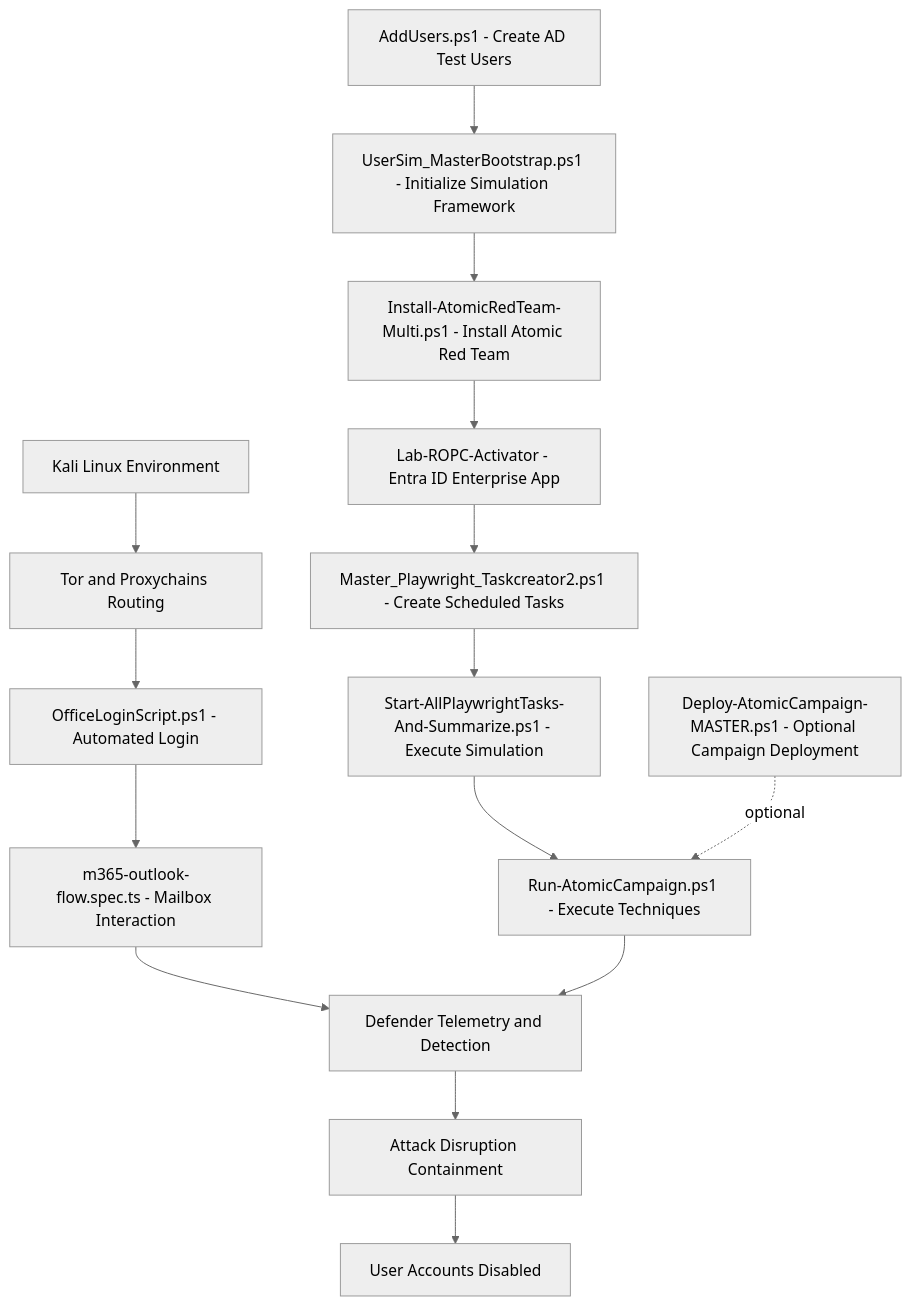
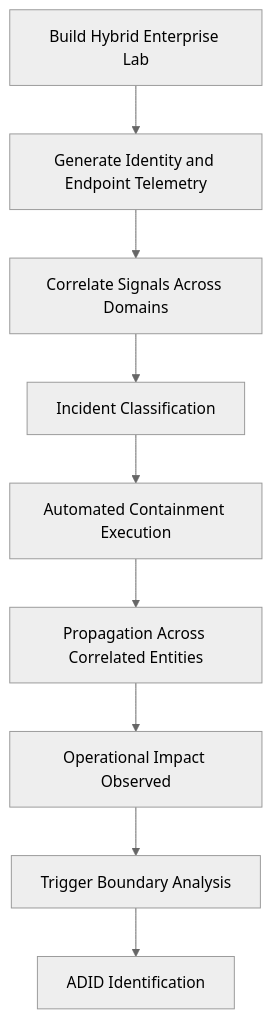
One commit to tk-nub/autonomous-defense-induced-disruption-lab changed the first of 3 diagrams in README.md. Above: the diagram before and after it, drawn with Mermaid (neutral theme). The commit also changed other lines of this file, not shown here.

````diff
--- a/README.md
+++ b/README.md
@@ -10,32 +96,15 @@
 ```mermaid
 flowchart TD
 
-A[AddUsers.ps1 - Create AD Test Users]
-B[UserSim_MasterBootstrap.ps1 - Initialize Simulation Framework]
-C[Install-AtomicRedTeam-Multi.ps1 - Install Atomic Red Team]
+A[Build Hybrid Enterprise Lab]
+B[Generate Identity and Endpoint Telemetry]
+C[Correlate Signals Across Domains]
+D[Incident Classification]
+E[Automated Containment Execution]
+F[Propagation Across Correlated Entities]
+G[Operational Impact Observed]
+H[Trigger Boundary Analysis]
+I[ADID Identification]
 
-D[Lab-ROPC-Activator - Entra ID Enterprise App]
-
-E[Master_Playwright_Taskcreator2.ps1 - Create Scheduled Tasks]
-F[Start-AllPlaywrightTasks-And-Summarize.ps1 - Execute Simulation]
-
-G[Kali Linux Environment]
-H[OfficeLoginScript.ps1 - Automated Login]
-I[m365-outlook-flow.spec.ts - Mailbox Interaction]
-J[Tor and Proxychains Routing]
-
-K[Run-AtomicCampaign.ps1 - Execute Techniques]
-
-L[Defender Telemetry and Detection]
-M[Attack Disruption Containment]
-N[User Accounts Disabled]
-
-O[Deploy-AtomicCampaign-MASTER.ps1 - Optional Campaign Deployment]
-
-A --> B --> C --> D --> E --> F
-F --> K
-G --> J --> H --> I --> L
-K --> L --> M --> N
-
-O -. optional .-> K
+A --> B --> C --> D --> E --> F --> G --> H --> I
 ```
````
